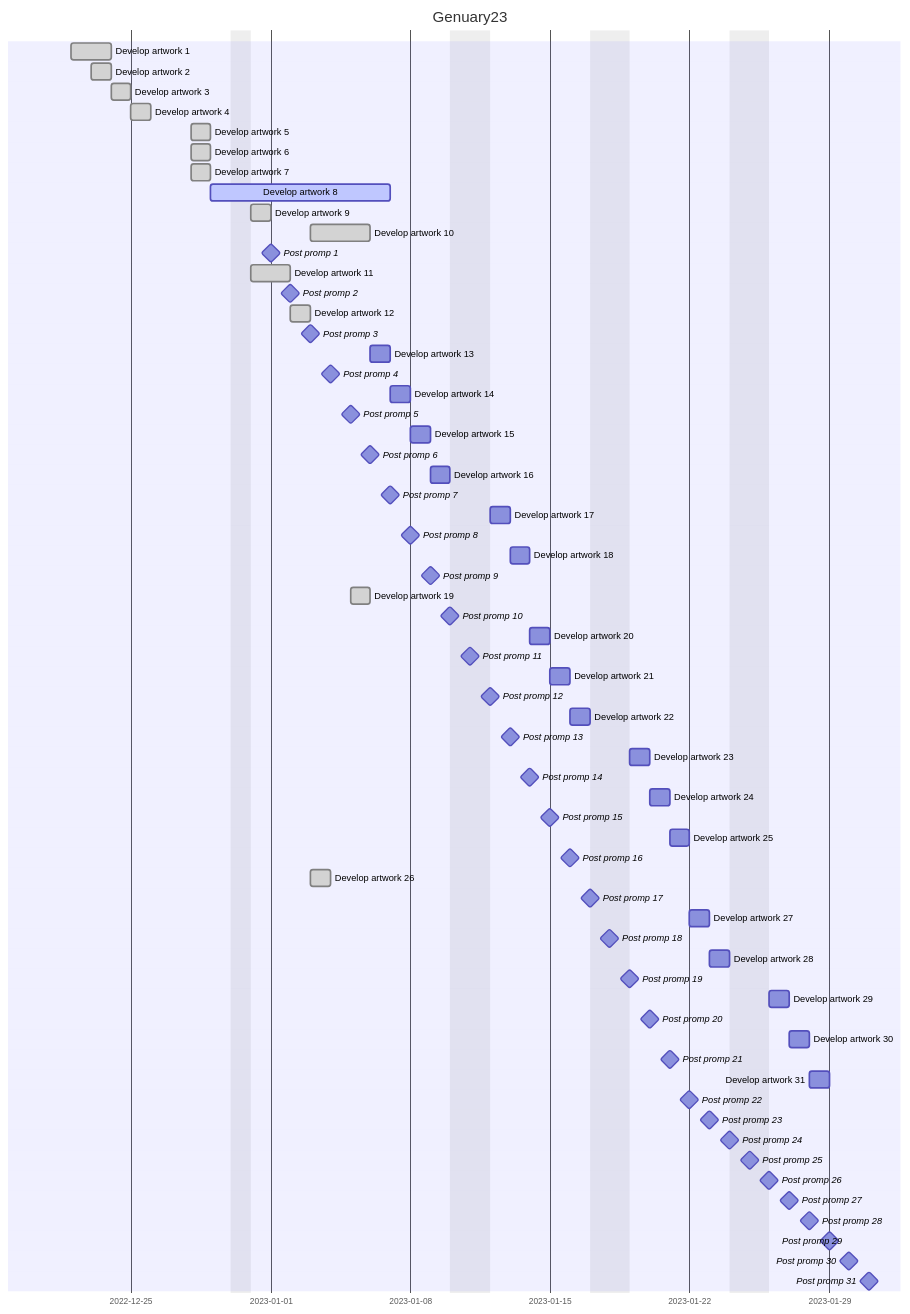
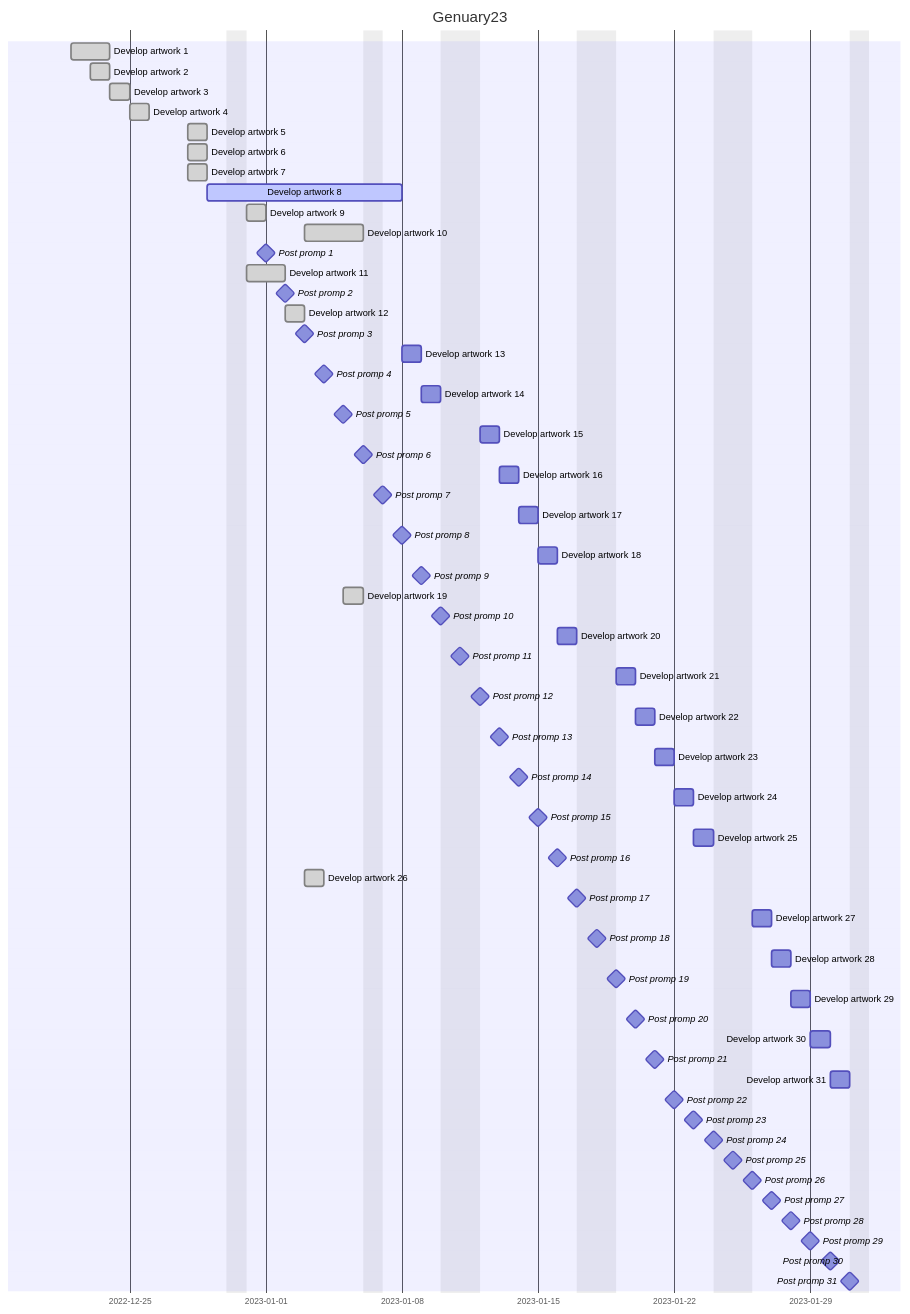
Before and after one commit to markralovna/markralovna.github.io: the diagram in com/Genuary23/index.md, drawn with Mermaid. The commit also changed other lines of this file and 2 other files, not shown here.

Commit message:
Genuary23 promp 8

````diff
--- a/com/Genuary23/index.md
+++ b/com/Genuary23/index.md
@@ -41,68 +41,68 @@
 ```mermaid
 gantt
 	title Genuary23
-    excludes    2023-01-10,2023-01-11,2023-01-17,2023-01-18,2023-01-24,2023-01-25,2023-01-31,2022-12-30
+    excludes    2023-01-10,2023-01-11,2023-01-17,2023-01-18,2023-01-24,2023-01-25,2023-01-31,2022-12-30,2023-01-06
 	dateFormat  YYYY-MM-DD
 	Develop artwork  1               : done     ,     d01,     2022-12-22,     2d 
 	Develop artwork  2               : done     ,     d02,     2022-12-23,     1d 
 	Develop artwork  3               : done     ,     d03,     2022-12-24,     1d 
 	Develop artwork  4               : done     ,     d04,     2022-12-25,     1d 
 	Develop artwork  5               : done     ,     d05,     2022-12-28,     1d 
 	Develop artwork  6               : done     ,     d06,     2022-12-28,     1d 
 	Develop artwork  7               : done     ,     d07,     2022-12-28,     1d 
 	Develop artwork  8               : active   ,     d08,     2022-12-29,     8d 
 	Develop artwork  9               : done     ,     d09,     2022-12-31,     1d 
 	Develop artwork 10               : done     ,     d10,     2023-01-03,     3d  
 	Post promp  1                    : milestone,     p01,     2023-01-01,     0d  
 	Develop artwork 11               : done     ,     d11,     2022-12-31,     2d 
 	Post promp  2                    : milestone,     p02,     2023-01-02,     0d  
 	Develop artwork 12               : done     ,     d12,     2023-01-02,     1d  
 	Post promp  3                    : milestone,     p03,     2023-01-03,     0d 
-	Develop artwork 13               :                d13,     2023-01-06,     1d 
+	Develop artwork 13               :                d13,     2023-01-08,     1d 
 	Post promp  4                    : milestone,     p04,     2023-01-04,     0d 
 	Develop artwork 14               :                d14,     after d13 ,     1d 
 	Post promp  5                    : milestone,     p05,     2023-01-05,     0d 
 	Develop artwork 15               :                d15,     after d14 ,     1d 
 	Post promp  6                    : milestone,     p06,     2023-01-06,     0d 
 	Develop artwork 16               :                d16,     after d15 ,     1d 
 	Post promp  7                    : milestone,     p07,     2023-01-07,     0d 
 	Develop artwork 17               :                d17,     after d16 ,     1d 
 	Post promp  8                    : milestone,     p08,     2023-01-08,     0d 
 	Develop artwork 18               :                d18,     after d17 ,     1d 
 	Post promp  9                    : milestone,     p09,     2023-01-09,     0d
 	Develop artwork 19               : done     ,     d19,     2023-01-05,     1d 
 	Post promp 10                    : milestone,     p10,     2023-01-10,     0d 
 	Develop artwork 20               :                d20,     after d18 ,     1d 
 	Post promp 11                    : milestone,     p11,     2023-01-11,     0d 
 	Develop artwork 21               :                d21,     after d20 ,     1d 
 	Post promp 12                    : milestone,     p12,     2023-01-12,     0d 
 	Develop artwork 22               :                d22,     after d21 ,     1d 
 	Post promp 13                    : milestone,     p13,     2023-01-13,     0d 
 	Develop artwork 23               :                d23,     after d22 ,     1d 
 	Post promp 14                    : milestone,     p14,     2023-01-14,     0d 
 	Develop artwork 24               :                d24,     after d23 ,     1d 
 	Post promp 15                    : milestone,     p15,     2023-01-15,     0d 
 	Develop artwork 25               :                d25,     after d24 ,     1d 
 	Post promp 16                    : milestone,     p16,     2023-01-16,     0d 
 	Develop artwork 26               : done     ,     d26,     2023-01-03,     1d 
 	Post promp 17                    : milestone,     p17,     2023-01-17,     0d 
 	Develop artwork 27               :                d27,     after d25 ,     1d 
 	Post promp 18                    : milestone,     p18,     2023-01-18,     0d 
 	Develop artwork 28               :                d28,     after d27 ,     1d 
 	Post promp 19                    : milestone,     p19,     2023-01-19,     0d 
 	Develop artwork 29               :                d29,     after d28 ,     1d 
 	Post promp 20                    : milestone,     p20,     2023-01-20,     0d 
 	Develop artwork 30               :                d30,     after d29 ,     1d 
 	Post promp 21                    : milestone,     p21,     2023-01-21,     0d 
 	Develop artwork 31               :                d31,     after d30 ,     1d 
 	Post promp 22                    : milestone,     p22,     2023-01-22,     0d 
 	Post promp 23                    : milestone,     p23,     2023-01-23,     0d 
 	Post promp 24                    : milestone,     p24,     2023-01-24,     0d 
 	Post promp 25                    : milestone,     p25,     2023-01-25,     0d 
 	Post promp 26                    : milestone,     p26,     2023-01-26,     0d 
 	Post promp 27                    : milestone,     p27,     2023-01-27,     0d 
 	Post promp 28                    : milestone,     p28,     2023-01-28,     0d 
 	Post promp 29                    : milestone,     p29,     2023-01-29,     0d 
 	Post promp 30                    : milestone,     p30,     2023-01-30,     0d 
 	Post promp 31                    : milestone,     p31,     2023-01-31,     0d 
 ```
````
